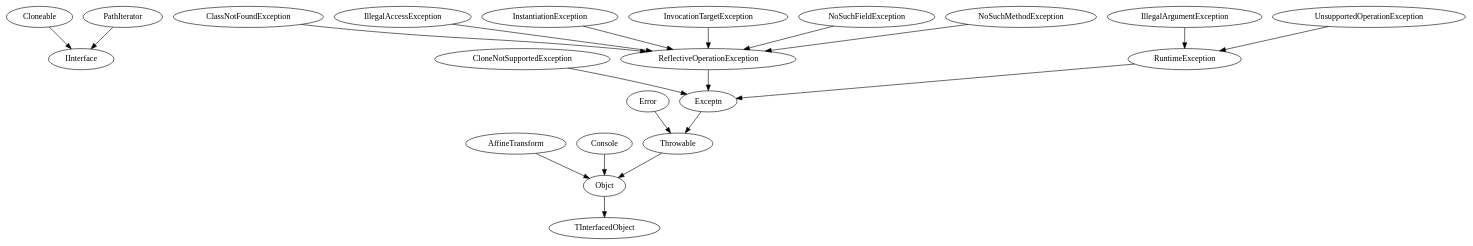
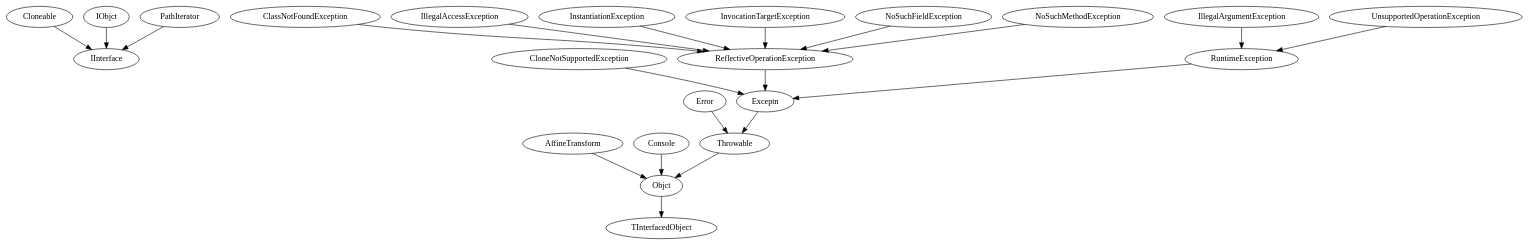
Before and after one commit to coelhole/newpascal: the diagram in docs/GVClasses.dot, drawn with Graphviz. The commit also changed 14 other files, not shown here.

```diff
--- a/docs/GVClasses.dot
+++ b/docs/GVClasses.dot
@@ -1,40 +1,42 @@
 DiGraph Classes {
   "Cloneable" -> "IInterface"
   "Cloneable" [href="github.coelhole.newpascal.base.Cloneable.html"]
+  "IObjct" -> "IInterface"
+  "IObjct" [href="github.coelhole.newpascal.base.IObjct.html"]
   "PathIterator" -> "IInterface"
   "PathIterator" [href="github.coelhole.newpascal.awt.geom.PathIterator.html"]
   "Objct" -> "TInterfacedObject"
   "Objct" [href="github.coelhole.newpascal.base.Objct.html"]
   "AffineTransform" -> "Objct"
   "AffineTransform" [href="github.coelhole.newpascal.awt.geom.AffineTransform.html"]
   "Console" -> "Objct"
   "Console" [href="github.coelhole.newpascal.io.Console.Console.html"]
   "Throwable" -> "Objct"
   "Throwable" [href="github.coelhole.newpascal.base.Throwable.html"]
   "Error" -> "Throwable"
   "Error" [href="github.coelhole.newpascal.base.Error.html"]
   "Exceptn" -> "Throwable"
   "Exceptn" [href="github.coelhole.newpascal.base.Exceptn.html"]
   "CloneNotSupportedException" -> "Exceptn"
   "CloneNotSupportedException" [href="github.coelhole.newpascal.base.CloneNotSupportedException.html"]
   "ReflectiveOperationException" -> "Exceptn"
   "ReflectiveOperationException" [href="github.coelhole.newpascal.base.ReflectiveOperationException.html"]
   "ClassNotFoundException" -> "ReflectiveOperationException"
   "ClassNotFoundException" [href="github.coelhole.newpascal.base.ClassNotFoundException.html"]
   "IllegalAccessException" -> "ReflectiveOperationException"
   "IllegalAccessException" [href="github.coelhole.newpascal.base.IllegalAccessException.html"]
   "InstantiationException" -> "ReflectiveOperationException"
   "InstantiationException" [href="github.coelhole.newpascal.base.InstantiationException.html"]
   "InvocationTargetException" -> "ReflectiveOperationException"
   "InvocationTargetException" [href="github.coelhole.newpascal.base.InvocationTargetException.html"]
   "NoSuchFieldException" -> "ReflectiveOperationException"
   "NoSuchFieldException" [href="github.coelhole.newpascal.base.NoSuchFieldException.html"]
   "NoSuchMethodException" -> "ReflectiveOperationException"
   "NoSuchMethodException" [href="github.coelhole.newpascal.base.NoSuchMethodException.html"]
   "RuntimeException" -> "Exceptn"
   "RuntimeException" [href="github.coelhole.newpascal.base.RuntimeException.html"]
   "IllegalArgumentException" -> "RuntimeException"
   "IllegalArgumentException" [href="github.coelhole.newpascal.base.IllegalArgumentException.html"]
   "UnsupportedOperationException" -> "RuntimeException"
   "UnsupportedOperationException" [href="github.coelhole.newpascal.base.UnsupportedOperationException.html"]
 }
```
